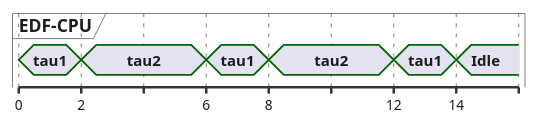
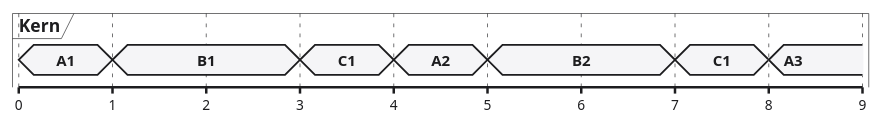
The seventh of 10 diagrams in vorlesungen/02_scheduling-theorie.qmd (dantschi/echtzeitsysteme), drawn with PlantUML before and after one commit. The commit also changed other lines of this file and 6 other files, not shown here.

````diff
--- a/vorlesungen/02_scheduling-theorie.qmd
+++ b/vorlesungen/02_scheduling-theorie.qmd
@@ -886,27 +837,55 @@
 ```{.plantuml}
 @startuml
 skinparam backgroundColor transparent
 skinparam defaultFontName "Inter, sans-serif"
 skinparam defaultFontColor #1D1D1F
 skinparam ArrowColor #86868B
+skinparam NoteBackgroundColor #F5F5F7
+skinparam NoteBorderColor #E5E5EA
 skinparam timing {
-  BackgroundColor #FFFFFF
-  BorderColor #E5E5EA
+ BackgroundColor #FFFFFF
+ BorderColor #E5E5EA
+ LineColor #1D1D1F
+ SignalColor #E2001A
+}
+<style>
+timingDiagram {
+ FontName sans-serif
+ FontColor #1D1D1F
+ LineColor #1D1D1F
+ arrow {
+  LineColor #86868B
+  FontColor #1D1D1F
+ }
+ concise {
+  FontName sans-serif
+  FontColor #1D1D1F
   LineColor #1D1D1F
-  SignalColor #E2001A
+  BackGroundColor #F5F5F7
+ }
+ robust {
+  FontName sans-serif
+  FontColor #1D1D1F
+  LineColor #1D1D1F
+  BackGroundColor #FFFFFF
+ }
 }
-concise "EDF-CPU" as CPU
+</style>
+scale 1 as 75 pixels
+concise "Kern" as K
 @0
-CPU is tau1
-@2
-CPU is tau2
-@6
-CPU is tau1
+K is "A1"
+@1
+K is "B1"
+@3
+K is "C1"
+@4
+K is "A2"
+@5
+K is "B2"
+@7
+K is "C1"
 @8
-CPU is tau2
-@12
-CPU is tau1
-@14
-CPU is Idle
+K is "A3"
 @enduml
 ```
````
